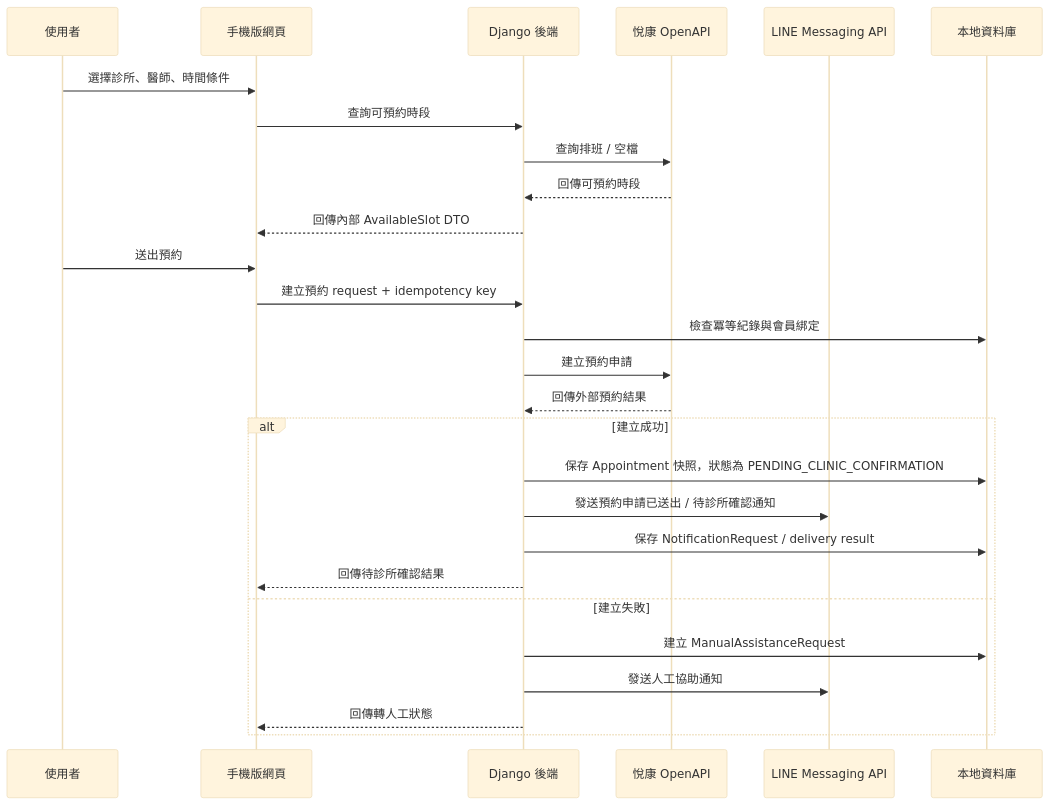
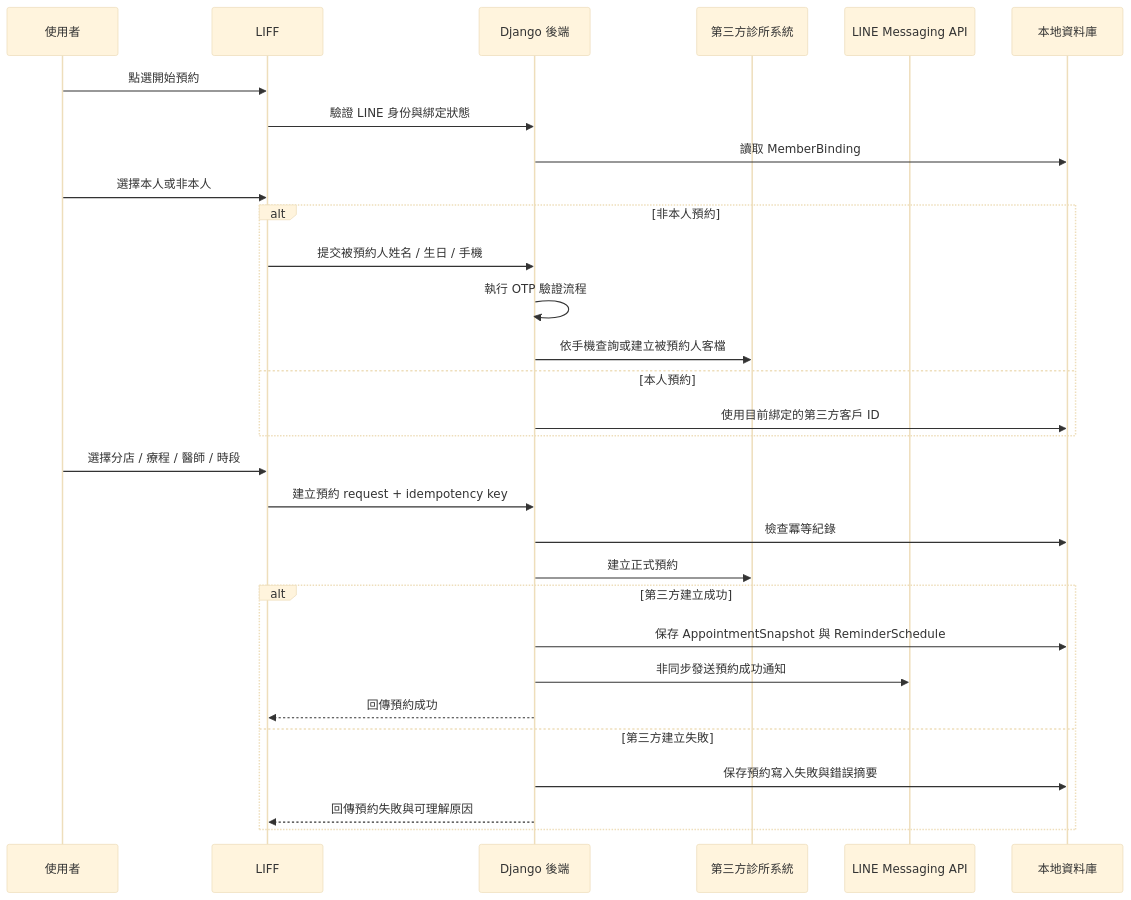
One commit to AlvinAYYE/case0003_temp changed the fourth of 7 diagrams in docs/high-level-design.md. Above: the diagram before and after it, drawn with Mermaid (base theme). The commit also changed other lines of this file and 18 other files, not shown here.

````diff
--- a/docs/high-level-design.md
+++ b/docs/high-level-design.md
@@ -374,30 +433,33 @@
 ```mermaid
 sequenceDiagram
     participant U as 使用者
-    participant W as 手機版網頁
+    participant W as LIFF
     participant B as Django 後端
-    participant Y as 悅康 OpenAPI
+    participant C as 第三方診所系統
     participant M as LINE Messaging API
     participant DB as 本地資料庫
 
-    U->>W: 選擇診所、醫師、時間條件
-    W->>B: 查詢可預約時段
-    B->>Y: 查詢排班 / 空檔
-    Y-->>B: 回傳可預約時段
-    B-->>W: 回傳內部 AvailableSlot DTO
-    U->>W: 送出預約
+    U->>W: 點選開始預約
+    W->>B: 驗證 LINE 身份與綁定狀態
+    B->>DB: 讀取 MemberBinding
+    U->>W: 選擇本人或非本人
+    alt 非本人預約
+        W->>B: 提交被預約人姓名 / 生日 / 手機
+        B->>B: 執行 OTP 驗證流程
+        B->>C: 依手機查詢或建立被預約人客檔
+    else 本人預約
+        B->>DB: 使用目前綁定的第三方客戶 ID
+    end
+    U->>W: 選擇分店 / 療程 / 醫師 / 時段
     W->>B: 建立預約 request + idempotency key
-    B->>DB: 檢查冪等紀錄與會員綁定
-    B->>Y: 建立預約申請
-    Y-->>B: 回傳外部預約結果
-    alt 建立成功
-        B->>DB: 保存 Appointment 快照，狀態為 PENDING_CLINIC_CONFIRMATION
-        B->>M: 發送預約申請已送出 / 待診所確認通知
-        B->>DB: 保存 NotificationRequest / delivery result
-        B-->>W: 回傳待診所確認結果
-    else 建立失敗
-        B->>DB: 建立 ManualAssistanceRequest
-        B->>M: 發送人工協助通知
-        B-->>W: 回傳轉人工狀態
+    B->>DB: 檢查冪等紀錄
+    B->>C: 建立正式預約
+    alt 第三方建立成功
+        B->>DB: 保存 AppointmentSnapshot 與 ReminderSchedule
+        B->>M: 非同步發送預約成功通知
+        B-->>W: 回傳預約成功
+    else 第三方建立失敗
+        B->>DB: 保存預約寫入失敗與錯誤摘要
+        B-->>W: 回傳預約失敗與可理解原因
     end
 ```
````
